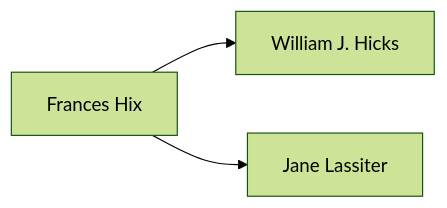
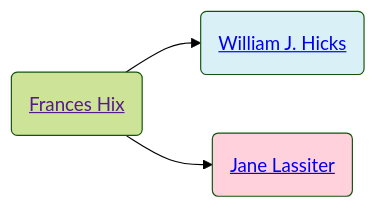
One commit to neelsmith/avocational changed the first of 2 diagrams in familyhistory/sources/people/Randolph_county_lines/Hicks/Frances_Hix.qmd. Above: the diagram before and after it, drawn with Mermaid (forest theme). The commit also changed other lines of this file and 71 other files, not shown here.

````diff
--- a/familyhistory/sources/people/Randolph_county_lines/Hicks/Frances_Hix.qmd
+++ b/familyhistory/sources/people/Randolph_county_lines/Hicks/Frances_Hix.qmd
@@ -28,5 +28,11 @@
 ```{mermaid}
 graph LR
-Frances_Hix[Frances Hix] -->  William_J._Hicks[William J. Hicks]
-Frances_Hix[Frances Hix]  --> Jane_Lassiter[Jane Lassiter]
+Frances_Hix(<a href=''>Frances Hix</>) -->  William_J._Hicks(<a href='./William_J._Hicks.html'>William J. Hicks</>)
+class William_J._Hicks father
+Frances_Hix(<a href=''>Frances Hix</>)  --> Jane_Lassiter(<a href='./../Lassiter/Jane_Lassiter.html'>Jane Lassiter</>)
+class Jane_Lassiter mother
+classDef mother fill:#ffd1dc
+classDef father fill:#daf0f7  
+classDef marriage fill:#ffffff
+
 ```
````
